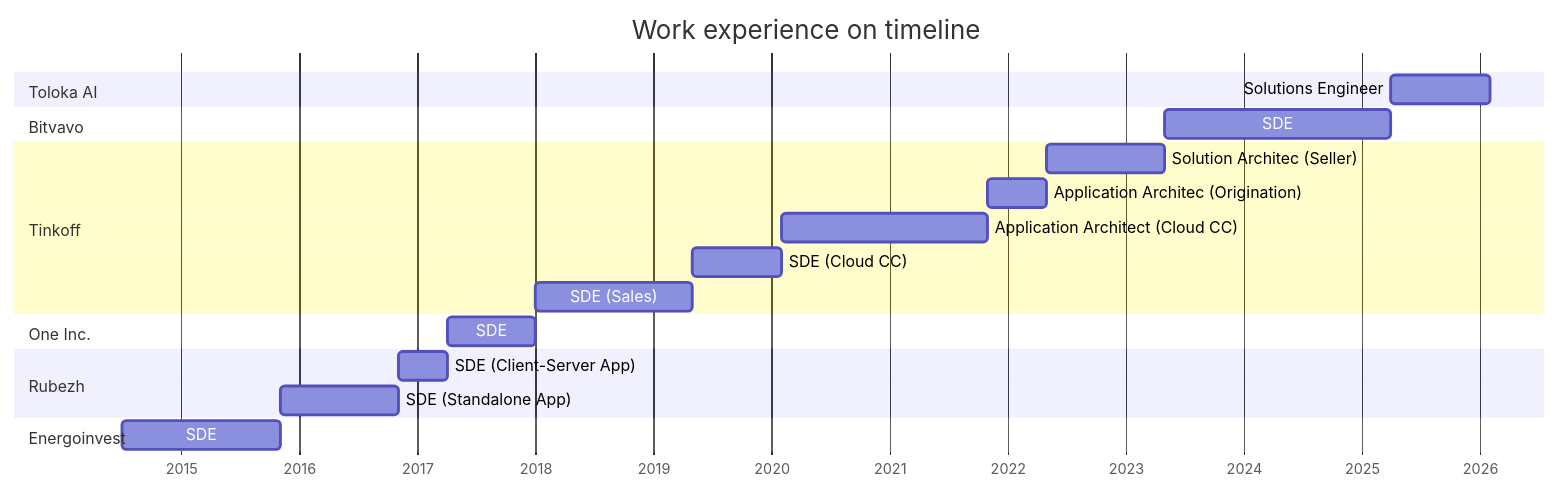
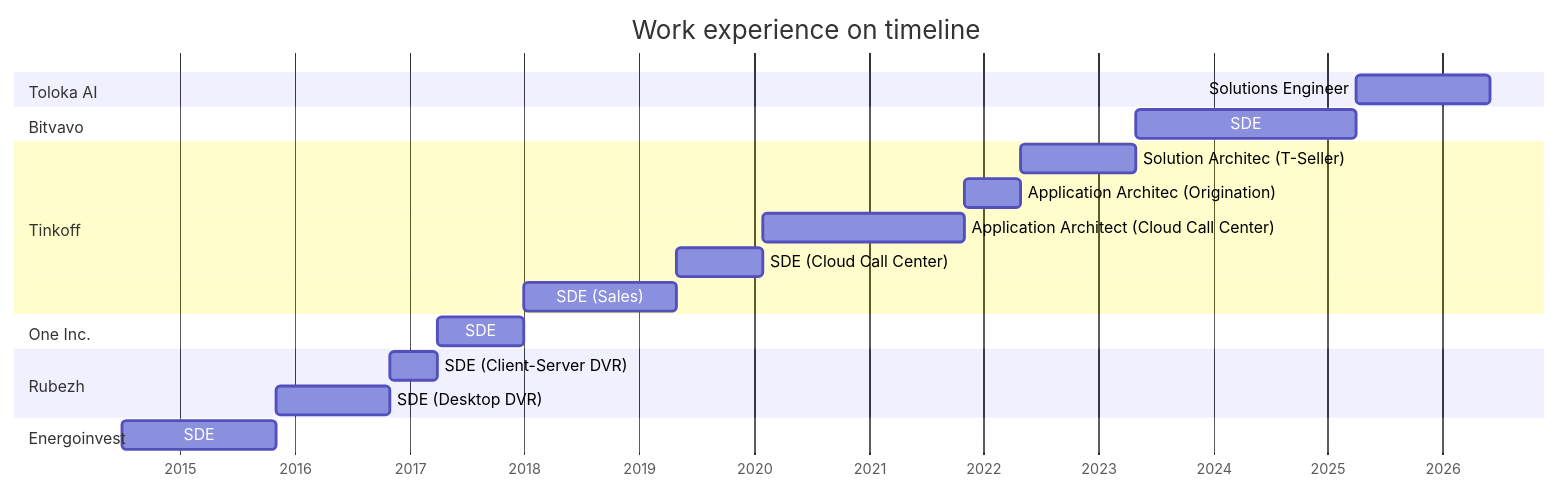
Before and after one commit to vladar107/vladar107: the diagram in cv.md, drawn with Mermaid.

Commit message:
Update job titles and dates in cv.md

````diff
--- a/cv.md
+++ b/cv.md
@@ -26,30 +26,30 @@
 ```mermaid
 gantt
     title Work experience on timeline
     dateFormat  YYYY-MM
     axisFormat  %Y
     todayMarker stroke-width:5px, opacity:0.75
 
     section Toloka AI
-    Solutions Engineer                  :se1, after sd7, 2026-02
+    Solutions Engineer                  :se1, after sd7, 2026-06
 
     section Bitvavo
     SDE                                 :sd7, after tl3, 2025-04
 
     section Tinkoff
-    Solution Architec (Seller)          :tl3, after tl2, 2023-05
+    Solution Architec (T-Seller)          :tl3, after tl2, 2023-05
     Application Architec (Origination)  :tl2, after tl1, 2022-05
-    Application Architect (Cloud CC)    :tl1, after sd6, 2021-11
-    SDE (Cloud CC)                      :sd6, after sd5, 2020-02
+    Application Architect (Cloud Call Center)    :tl1, after sd6, 2021-11
+    SDE (Cloud Call Center)                      :sd6, after sd5, 2020-02
     SDE (Sales)                         :sd5, after sd4, 2019-05
 
     section One Inc.
     SDE                                 :sd4, after sd3, 2018-01
 
     section Rubezh
-    SDE (Client-Server App)             :sd3, after sd2, 2017-04
-    SDE (Standalone App)                :sd2, after sd1, 2016-11
+    SDE (Client-Server DVR)             :sd3, after sd2, 2017-04
+    SDE (Desktop DVR)                :sd2, after sd1, 2016-11
 
     section Energoinvest
     SDE                                 :sd1, 2014-07, 2015-11
 ```
````
